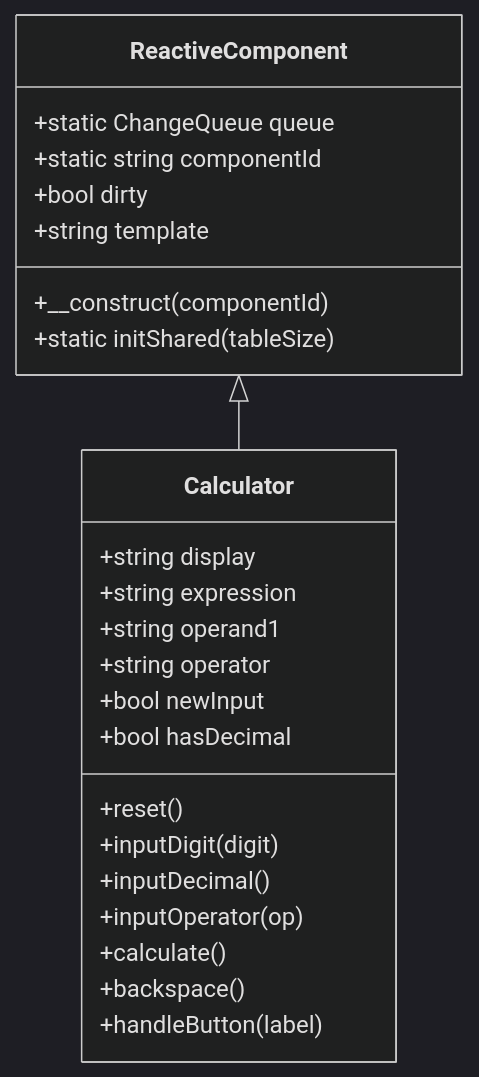
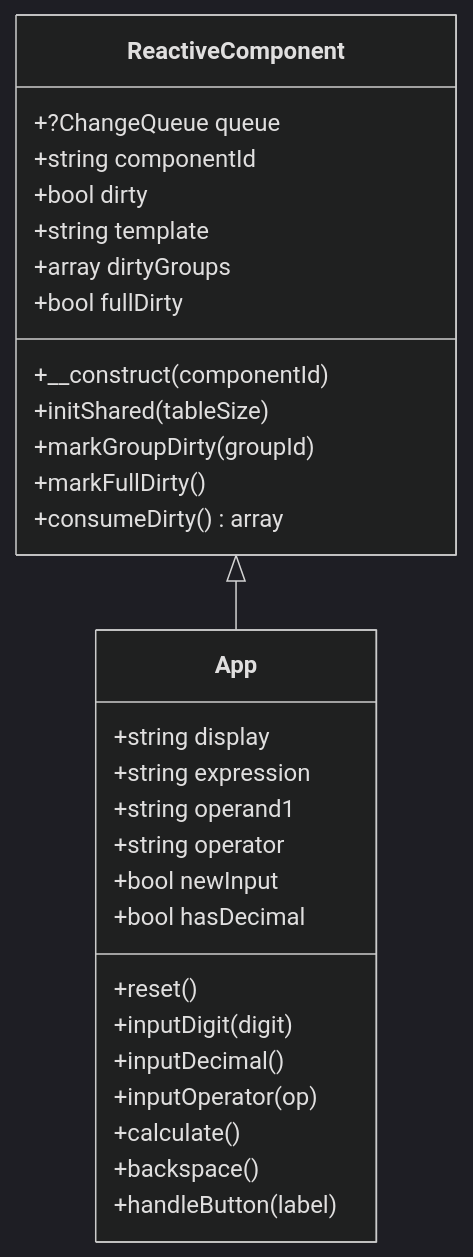
The second of 8 diagrams in .qoder/repowiki/zh/content/架构设计/响应式系统架构/ReactiveComponent基类设计.md (xingye00186/PHP-Data-UI-Framework-powered-by-swooleAOT), drawn with Mermaid (dark theme) before and after one commit. The commit also changed other lines of this file and 37 other files, not shown here.

````diff
--- a/.qoder/repowiki/zh/content/架构设计/响应式系统架构/ReactiveComponent基类设计.md
+++ b/.qoder/repowiki/zh/content/架构设计/响应式系统架构/ReactiveComponent基类设计.md
@@ -85,27 +94,32 @@
 ```mermaid
 classDiagram
 class ReactiveComponent {
-+static ChangeQueue queue
-+static string componentId
++?ChangeQueue queue
++string componentId
 +bool dirty
 +string template
++array dirtyGroups
++bool fullDirty
 +__construct(componentId)
-+static initShared(tableSize)
++initShared(tableSize)
++markGroupDirty(groupId)
++markFullDirty()
++consumeDirty() array
 }
-class Calculator {
+class App {
 +string display
 +string expression
 +string operand1
 +string operator
 +bool newInput
 +bool hasDecimal
 +reset()
 +inputDigit(digit)
 +inputDecimal()
 +inputOperator(op)
 +calculate()
 +backspace()
 +handleButton(label)
 }
-ReactiveComponent <|-- Calculator
+ReactiveComponent <|-- App
 ```
````
